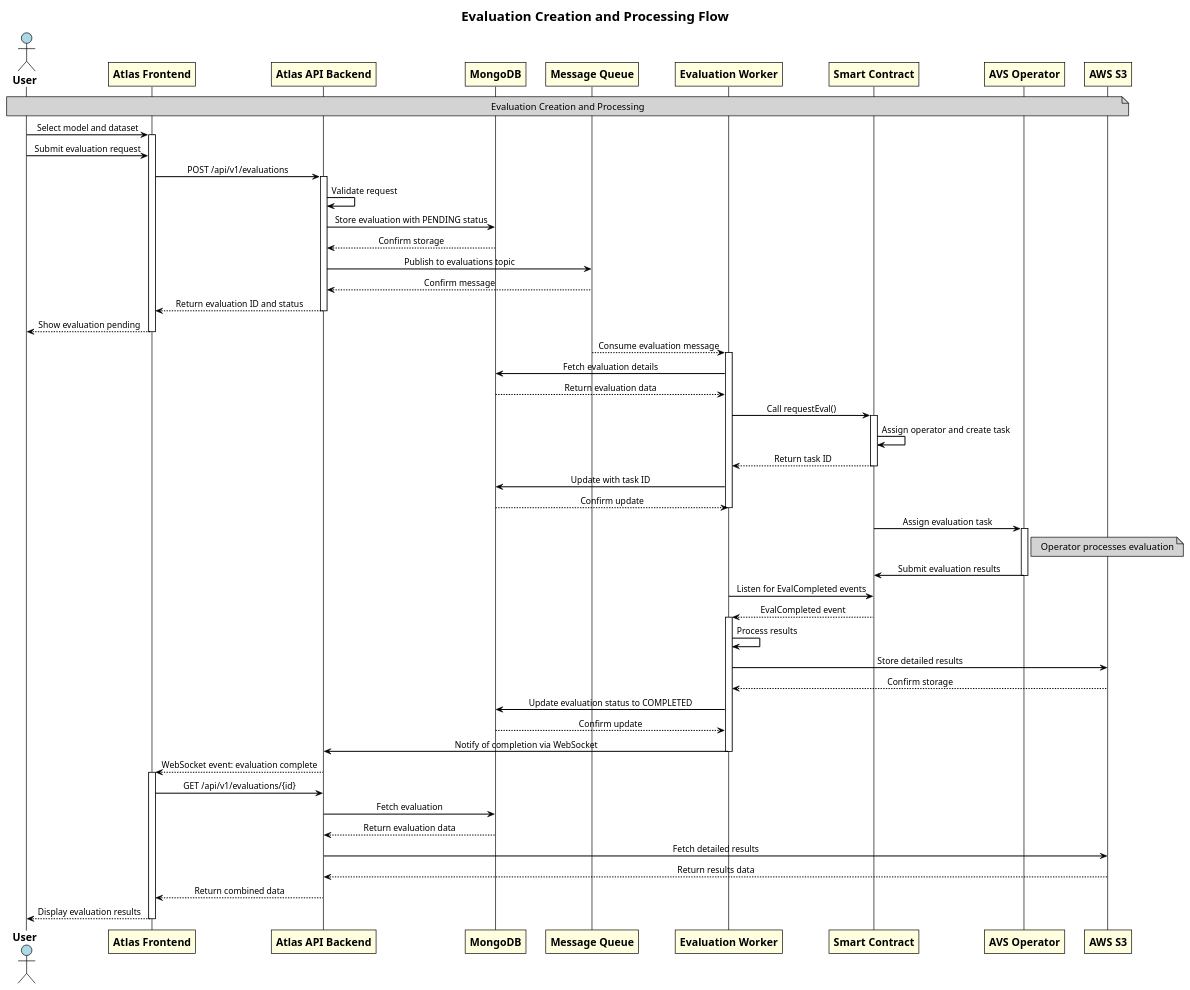
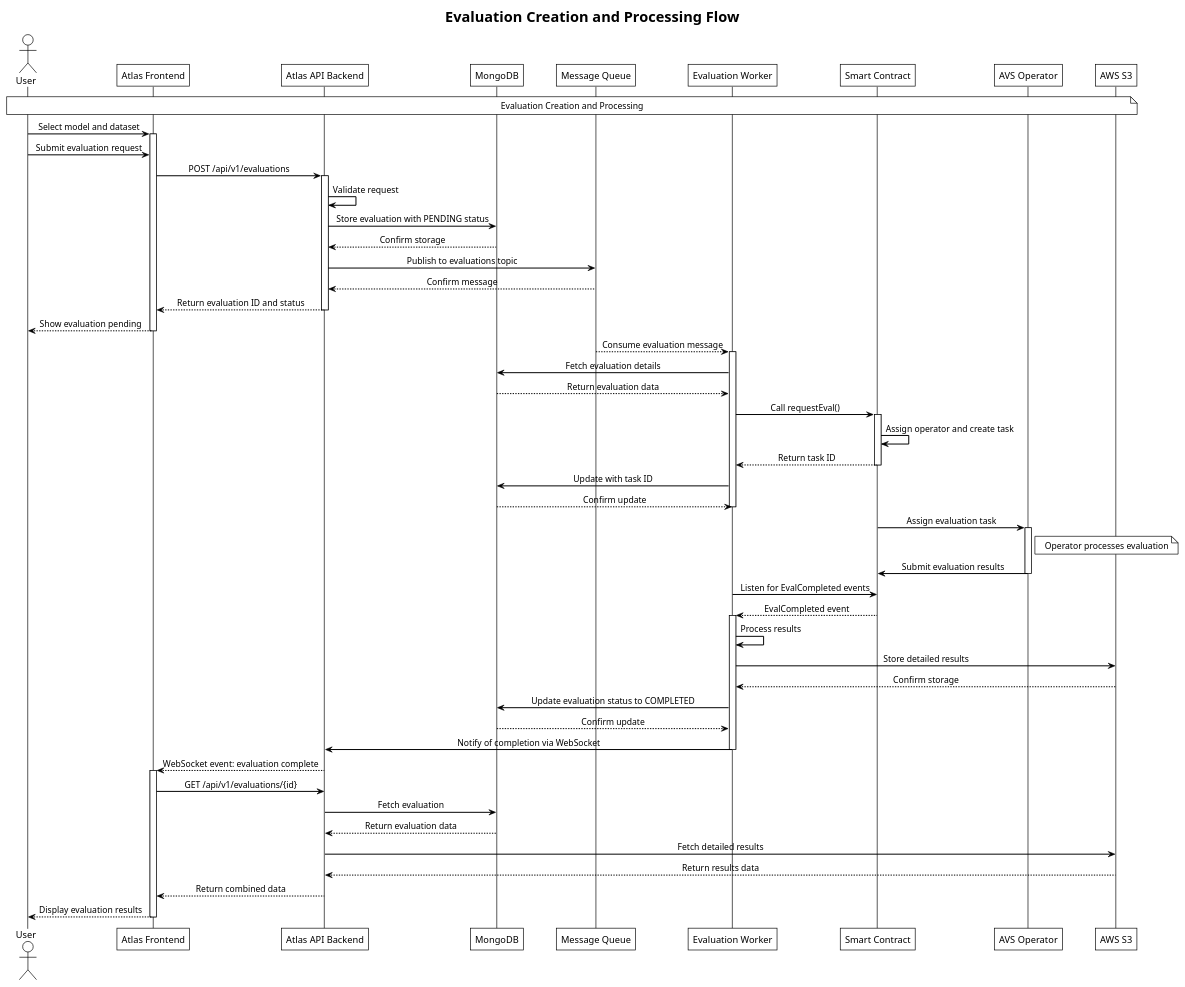
Before and after one commit to k-g-j/ll-sequence-diagrams: the diagram in plantuml-diagrams/atlas-evaluation-flow.puml, drawn with PlantUML. The commit also changed 10 other files, not shown here.

Commit message:
Fix diagram lines to be straight, not wavy and ensure architecture diagrams show completely

```diff
--- a/plantuml-diagrams/atlas-evaluation-flow.puml
+++ b/plantuml-diagrams/atlas-evaluation-flow.puml
@@ -1,101 +1,91 @@
 @startuml atlas-evaluation-flow
+
+' Basic styling
 !theme plain
+skinparam backgroundColor white
+skinparam defaultTextAlignment center
+
+' Explicitly disable handwritten mode
 skinparam handwritten false
 skinparam shadowing false
 skinparam roundCorner 0
-skinparam linetype polyline
 
-' Use improved fonts and spacing
-skinparam backgroundColor white
-skinparam defaultTextAlignment center
+' Force straight lines
+skinparam linetype ortho
+skinparam ParticipantPadding 20
+skinparam SequenceBoxPadding 10
 
-' Fix arrow styling
+' Make sure lines and fonts are crisp
 skinparam ArrowColor black
 skinparam ArrowThickness 1.5
-skinparam SequenceArrowThickness 1.5
-
-' Improve fonts for better readability
-skinparam ParticipantFontSize 16
-skinparam ParticipantFontStyle bold
-skinparam ActorFontSize 16
-skinparam ActorFontStyle bold
-skinparam NoteFontSize 14
-skinparam TitleFontSize 20
-skinparam TitleFontStyle bold
-
-' Color participants for better visualization
-skinparam ActorBackgroundColor lightblue
-skinparam ParticipantBackgroundColor lightyellow
-skinparam NoteBackgroundColor lightgray
-skinparam DatabaseBackgroundColor lightgreen
 
 title Evaluation Creation and Processing Flow
 
 actor User
 participant "Atlas Frontend" as Frontend
 participant "Atlas API Backend" as API
 participant "MongoDB" as MongoDB
 participant "Message Queue" as Kafka
 participant "Evaluation Worker" as Worker
 participant "Smart Contract" as Contract
 participant "AVS Operator" as Operator
 participant "AWS S3" as S3
 
 note over User, S3: Evaluation Creation and Processing
 
 User -> Frontend: Select model and dataset
 activate Frontend
 User -> Frontend: Submit evaluation request
 Frontend -> API: POST /api/v1/evaluations
 activate API
 API -> API: Validate request
 API -> MongoDB: Store evaluation with PENDING status
 MongoDB --> API: Confirm storage
 API -> Kafka: Publish to evaluations topic
 Kafka --> API: Confirm message
 API --> Frontend: Return evaluation ID and status
 deactivate API
 Frontend --> User: Show evaluation pending
 deactivate Frontend
 
 Kafka --> Worker: Consume evaluation message
 activate Worker
 Worker -> MongoDB: Fetch evaluation details
 MongoDB --> Worker: Return evaluation data
 Worker -> Contract: Call requestEval()
 activate Contract
 Contract -> Contract: Assign operator and create task
 Contract --> Worker: Return task ID
 deactivate Contract
 Worker -> MongoDB: Update with task ID
 MongoDB --> Worker: Confirm update
 deactivate Worker
 
 Contract -> Operator: Assign evaluation task
 activate Operator
 note right of Operator: Operator processes evaluation
 Operator -> Contract: Submit evaluation results
 deactivate Operator
 
 Worker -> Contract: Listen for EvalCompleted events
 Contract --> Worker: EvalCompleted event
 activate Worker
 Worker -> Worker: Process results
 Worker -> S3: Store detailed results
 S3 --> Worker: Confirm storage
 Worker -> MongoDB: Update evaluation status to COMPLETED
 MongoDB --> Worker: Confirm update
 Worker -> API: Notify of completion via WebSocket
 deactivate Worker
 
 API --> Frontend: WebSocket event: evaluation complete
 activate Frontend
 Frontend -> API: GET /api/v1/evaluations/{id}
 API -> MongoDB: Fetch evaluation
 MongoDB --> API: Return evaluation data
 API -> S3: Fetch detailed results
 S3 --> API: Return results data
 API --> Frontend: Return combined data
 Frontend --> User: Display evaluation results
 deactivate Frontend
 @enduml
```
